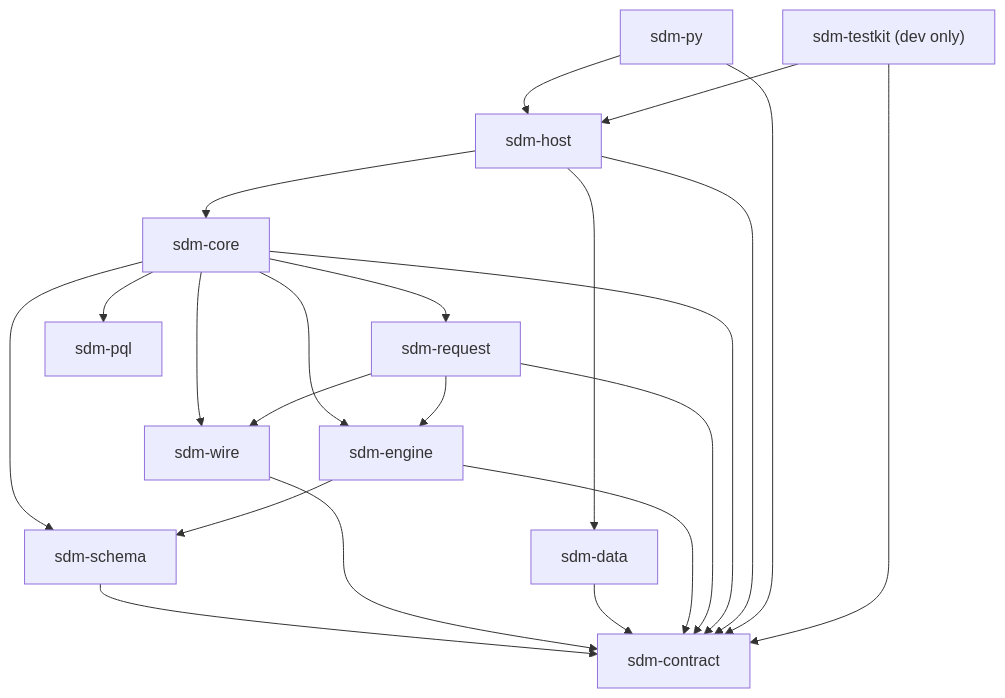
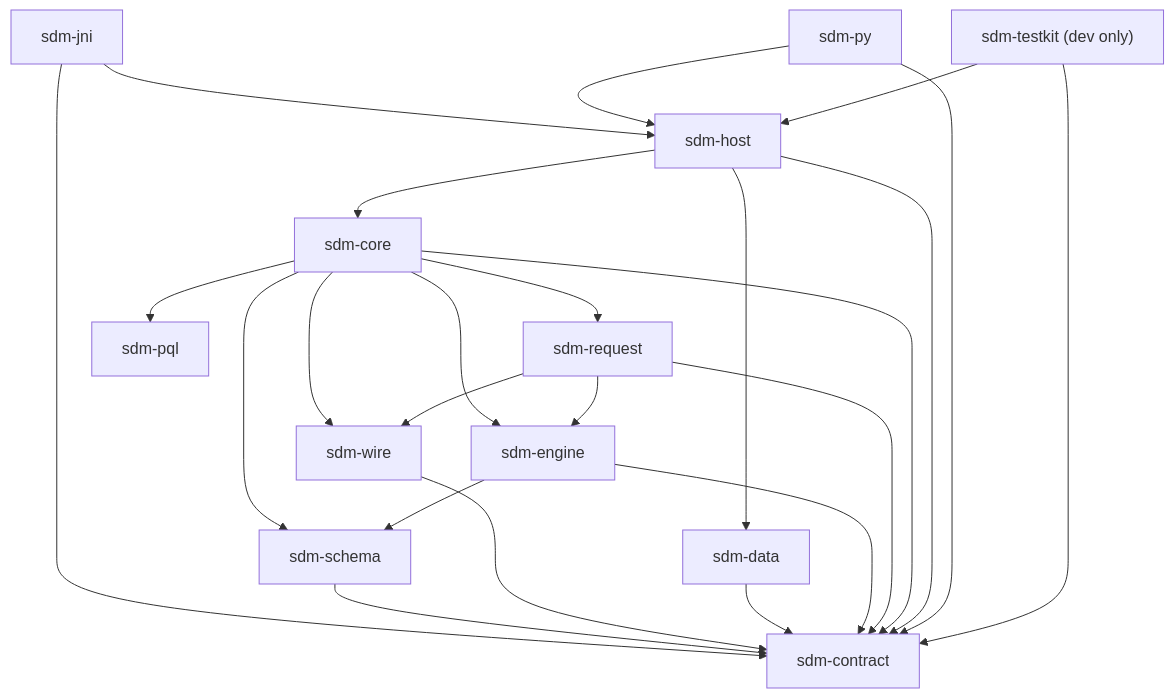
One commit to NVIDIA/structured-data-models-client changed the diagram in rust/README.md. Above: the diagram before and after it, drawn with Mermaid. The commit also changed other lines of this file and 8 other files, not shown here.

````diff
--- a/rust/README.md
+++ b/rust/README.md
@@ -37,24 +38,26 @@
 ```mermaid
 flowchart TD
+    sdm_jni["sdm-jni"] --> sdm_host
+    sdm_jni --> sdm_contract
     sdm_py["sdm-py"] --> sdm_host["sdm-host"]
     sdm_testkit["sdm-testkit (dev only)"] --> sdm_host
     sdm_host --> sdm_core["sdm-core"]
     sdm_host --> sdm_data["sdm-data"]
     sdm_core --> sdm_request["sdm-request"]
     sdm_core --> sdm_engine["sdm-engine"]
     sdm_core --> sdm_schema["sdm-schema"]
     sdm_core --> sdm_wire["sdm-wire"]
     sdm_core --> sdm_pql["sdm-pql"]
     sdm_request --> sdm_engine
     sdm_request --> sdm_wire
     sdm_engine --> sdm_schema
     sdm_schema --> sdm_contract["sdm-contract"]
     sdm_wire --> sdm_contract
     sdm_data --> sdm_contract
     sdm_engine --> sdm_contract
     sdm_request --> sdm_contract
     sdm_core --> sdm_contract
     sdm_host --> sdm_contract
     sdm_py --> sdm_contract
     sdm_testkit --> sdm_contract
 ```
````
